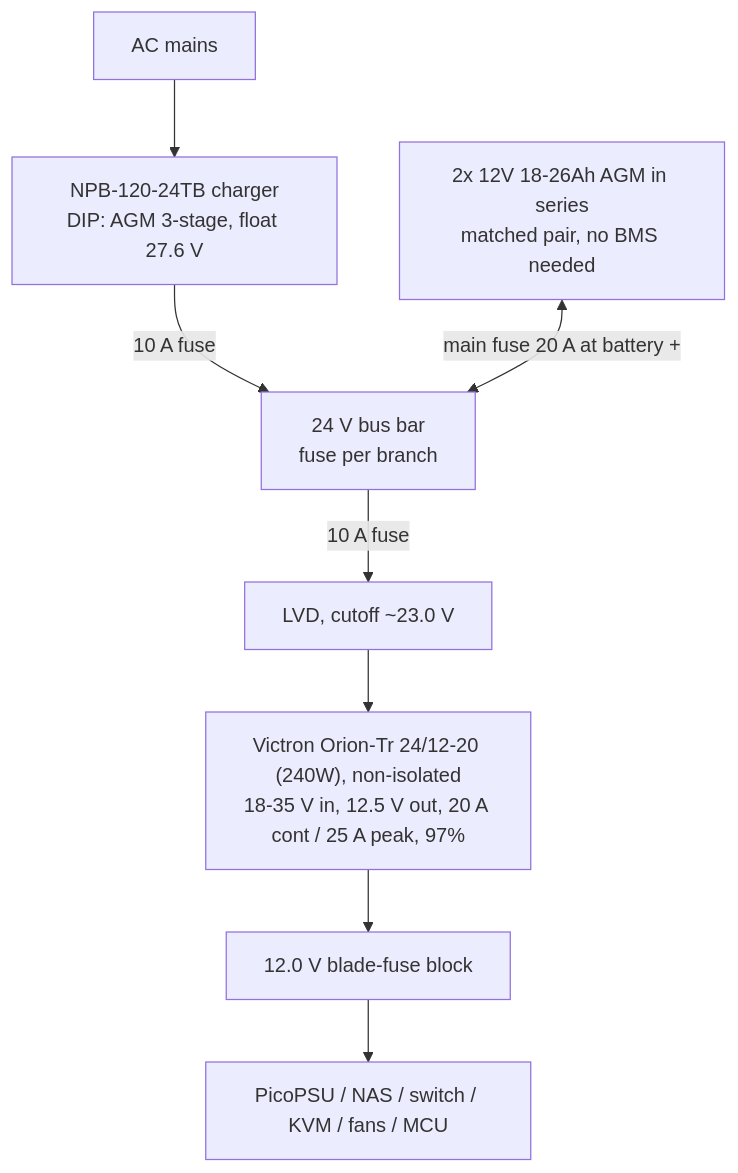
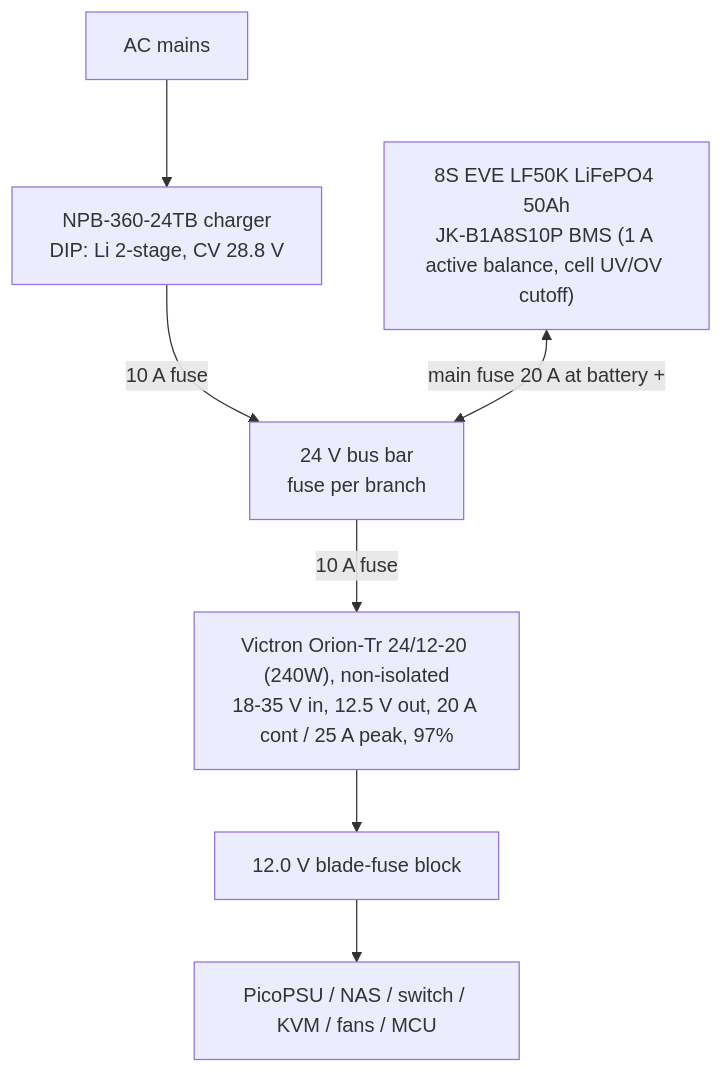
One commit to KargJonas/minirack changed the diagram in design.md. Above: the diagram before and after it, drawn with Mermaid. The commit also changed other lines of this file and 59 other files, not shown here.

Commit message:
Fixed some schematic issues, added gpio expander

````diff
--- a/design.md
+++ b/design.md
@@ -21,10 +23,9 @@
 ```mermaid
 flowchart TD
-    AC[AC mains] --> CHG["NPB-120-24TB charger<br/>DIP: AGM 3-stage, float 27.6 V"]
+    AC[AC mains] --> CHG["NPB-360-24TB charger<br/>DIP: Li 2-stage, CV 28.8 V"]
     CHG -->|10 A fuse| BUS["24 V bus bar<br/>fuse per branch"]
-    BAT["2x 12V 18-26Ah AGM in series<br/>matched pair, no BMS needed"] <-->|main fuse 20 A at battery +| BUS
-    BUS -->|10 A fuse| LVD["LVD, cutoff ~23.0 V"]
-    LVD --> BUCK["Victron Orion-Tr 24/12-20 (240W), non-isolated<br/>18-35 V in, 12.5 V out, 20 A cont / 25 A peak, 97%"]
+    BAT["8S EVE LF50K LiFePO4 50Ah<br/>JK-B1A8S10P BMS (1 A active balance, cell UV/OV cutoff)"] <-->|main fuse 20 A at battery +| BUS
+    BUS -->|10 A fuse| BUCK["Victron Orion-Tr 24/12-20 (240W), non-isolated<br/>18-35 V in, 12.5 V out, 20 A cont / 25 A peak, 97%"]
     BUCK --> DIST["12.0 V blade-fuse block"]
     DIST --> LOADS["PicoPSU / NAS / switch / KVM / fans / MCU"]
 ```
````
